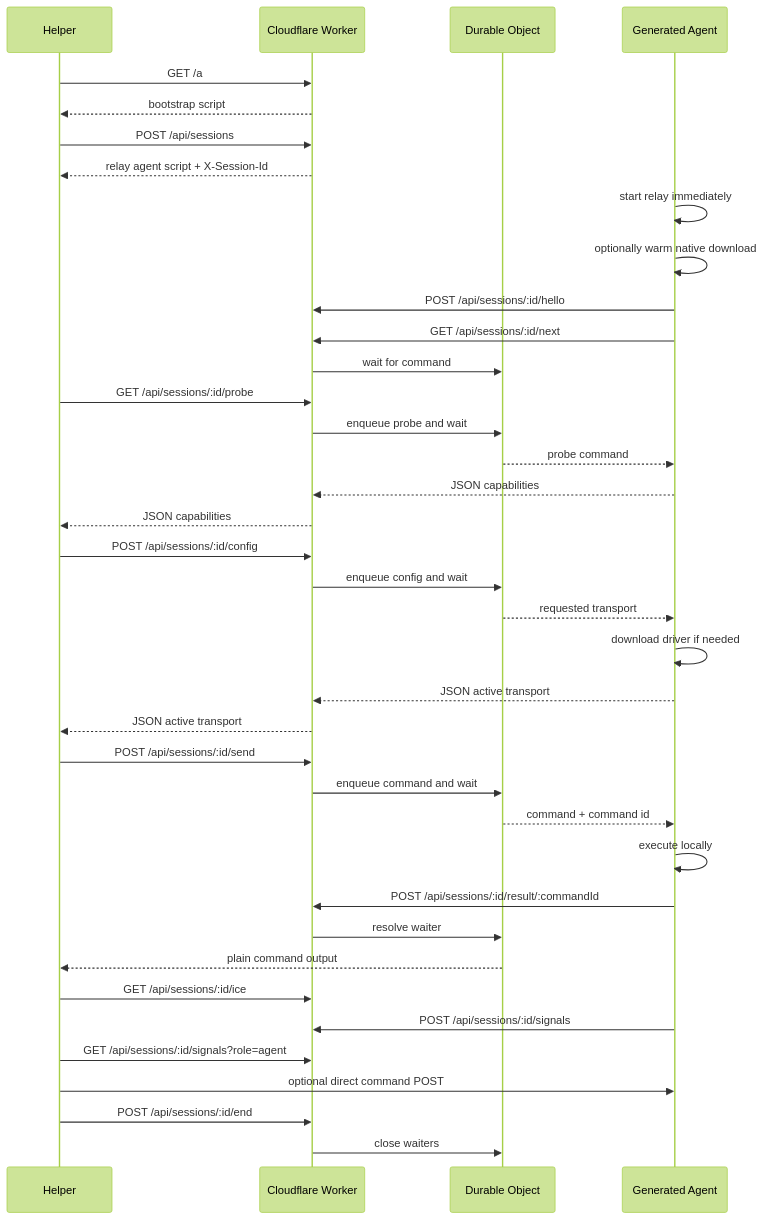
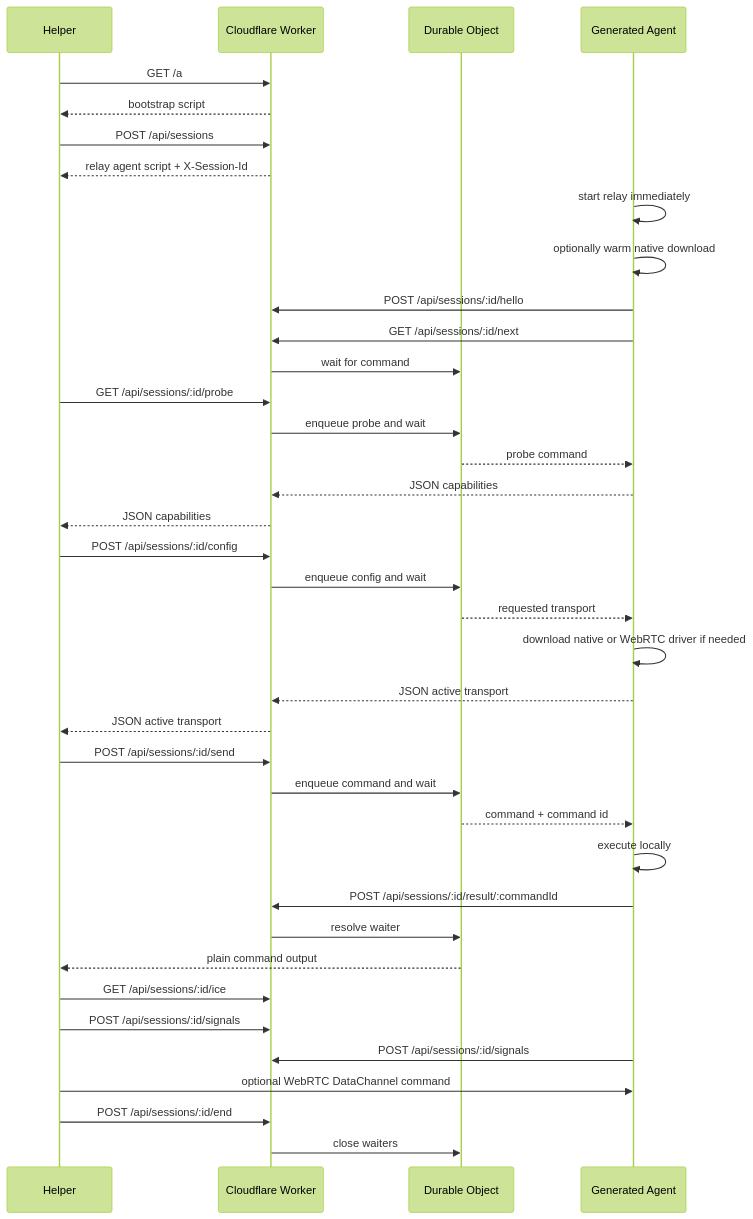
The diagram in README.md (Stoffbergie/shell-over-edge), drawn with Mermaid (forest theme) before and after one commit. The commit also changed other lines of this file and 6 other files, not shown here.

````diff
--- a/README.md
+++ b/README.md
@@ -15,47 +15,47 @@
 ```mermaid
 sequenceDiagram
     participant Helper
     participant Worker as Cloudflare Worker
     participant Bridge as Durable Object
     participant Agent as Generated Agent
 
     Helper->>Worker: GET /a
     Worker-->>Helper: bootstrap script
     Helper->>Worker: POST /api/sessions
     Worker-->>Helper: relay agent script + X-Session-Id
 
     Agent->>Agent: start relay immediately
     Agent->>Agent: optionally warm native download
     Agent->>Worker: POST /api/sessions/:id/hello
     Agent->>Worker: GET /api/sessions/:id/next
     Worker->>Bridge: wait for command
 
     Helper->>Worker: GET /api/sessions/:id/probe
     Worker->>Bridge: enqueue probe and wait
     Bridge-->>Agent: probe command
     Agent-->>Worker: JSON capabilities
     Worker-->>Helper: JSON capabilities
 
     Helper->>Worker: POST /api/sessions/:id/config
     Worker->>Bridge: enqueue config and wait
     Bridge-->>Agent: requested transport
-    Agent->>Agent: download driver if needed
+    Agent->>Agent: download native or WebRTC driver if needed
     Agent-->>Worker: JSON active transport
     Worker-->>Helper: JSON active transport
 
     Helper->>Worker: POST /api/sessions/:id/send
     Worker->>Bridge: enqueue command and wait
     Bridge-->>Agent: command + command id
     Agent->>Agent: execute locally
     Agent->>Worker: POST /api/sessions/:id/result/:commandId
     Worker->>Bridge: resolve waiter
     Bridge-->>Helper: plain command output
 
     Helper->>Worker: GET /api/sessions/:id/ice
+    Helper->>Worker: POST /api/sessions/:id/signals
     Agent->>Worker: POST /api/sessions/:id/signals
-    Helper->>Worker: GET /api/sessions/:id/signals?role=agent
-    Helper->>Agent: optional direct command POST
+    Helper->>Agent: optional WebRTC DataChannel command
 
     Helper->>Worker: POST /api/sessions/:id/end
     Worker->>Bridge: close waiters
 ```
````
